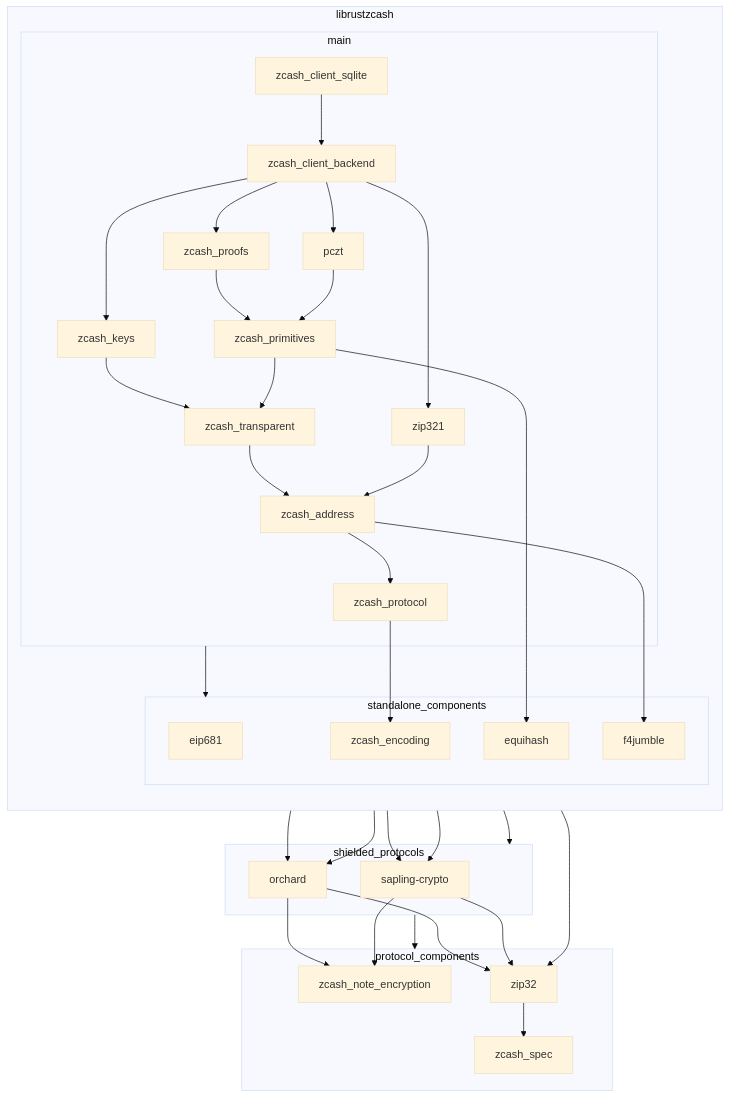
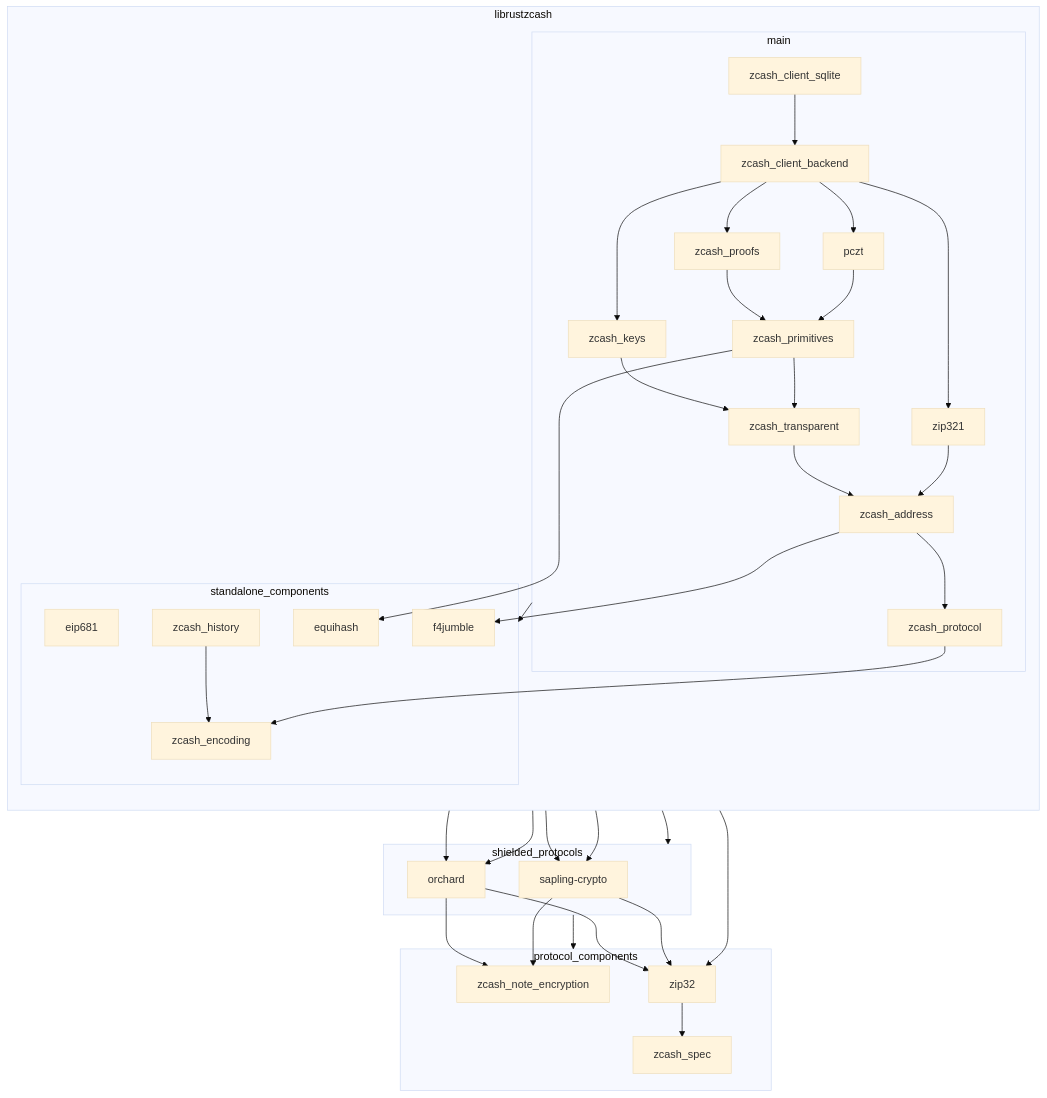
One commit to zcash/librustzcash changed the diagram in README.md. Above: the diagram before and after it, drawn with Mermaid (base theme).

Commit message:
Add `zcash_history` to the README.md crate graph.

````diff
--- a/README.md
+++ b/README.md
@@ -39,6 +39,7 @@
             equihash
             f4jumble
             zcash_encoding
+            zcash_history
         end
     end
 
@@ -99,6 +100,7 @@
     %% zcash_keys --> zcash_encoding
     %% zcash_primitives --> zcash_encoding
     %% zcash_address --> zcash_encoding
+    zcash_history --> zcash_encoding
     zcash_protocol --> zcash_encoding
 
     zcash_primitives --> equihash
@@ -158,4 +160,5 @@
     click zcash_transparent "https://docs.rs/zcash_transparent/" _blank
     click zip321 "https://docs.rs/zip321/" _blank
     click zip32 "https://docs.rs/zip32/" _blank
+    click zcash_history "https://docs.rs/zcash_history/" _blank
 ```
````
